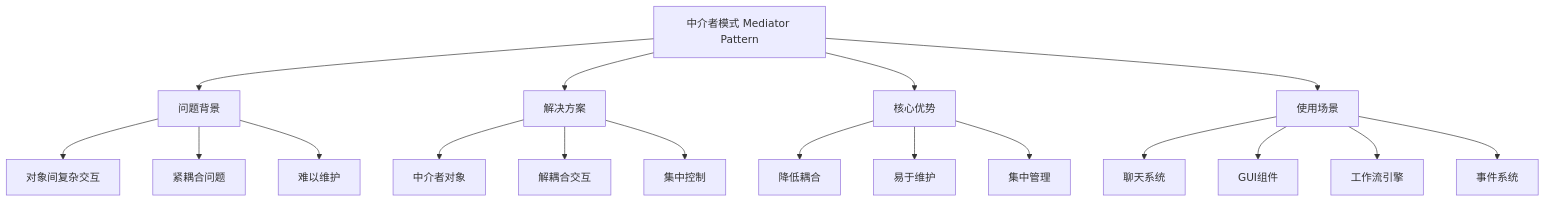
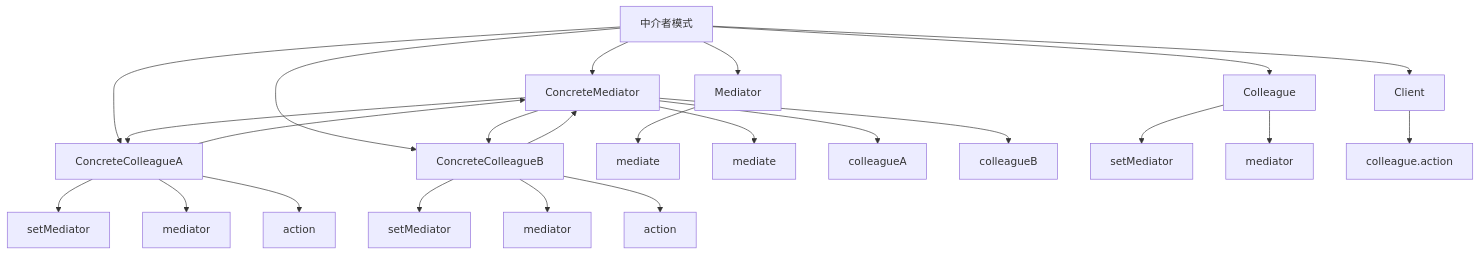
One commit to Anping2017/obsidian changed the diagram in 计算机/编程基础/设计模式/05-行为型模式/06-中介者模式.md. Above: the diagram before and after it, drawn with Mermaid. The commit also changed other lines of this file and 622 other files, not shown here.

````diff
--- a/计算机/编程基础/设计模式/05-行为型模式/06-中介者模式.md
+++ b/计算机/编程基础/设计模式/05-行为型模式/06-中介者模式.md
@@ -8,24 +8,33 @@
 ```mermaid
 graph TD
-    A[中介者模式 Mediator Pattern] --> B[问题背景]
-    A --> C[解决方案]
-    A --> D[核心优势]
-    A --> E[使用场景]
+    A[中介者模式] --> B[Mediator]
+    A --> C[ConcreteMediator]
+    A --> D[Colleague]
+    A --> E[ConcreteColleagueA]
+    A --> F[ConcreteColleagueB]
+    A --> G[Client]
     
-    B --> B1[对象间复杂交互]
-    B --> B2[紧耦合问题]
-    B --> B3[难以维护]
+    B --> B1[mediate]
     
-    C --> C1[中介者对象]
-    C --> C2[解耦合交互]
-    C --> C3[集中控制]
+    C --> C1[mediate]
+    C --> C2[colleagueA]
+    C --> C3[colleagueB]
     
-    D --> D1[降低耦合]
-    D --> D2[易于维护]
-    D --> D3[集中管理]
+    D --> D1[setMediator]
+    D --> D2[mediator]
     
-    E --> E1[聊天系统]
-    E --> E2[GUI组件]
-    E --> E3[工作流引擎]
-    E --> E4[事件系统]
+    E --> E1[setMediator]
+    E --> E2[mediator]
+    E --> E3[action]
+    
+    F --> F1[setMediator]
+    F --> F2[mediator]
+    F --> F3[action]
+    
+    G --> G1[colleague.action]
+    
+    C --> E
+    C --> F
+    E --> C
+    F --> C
 ```
````
